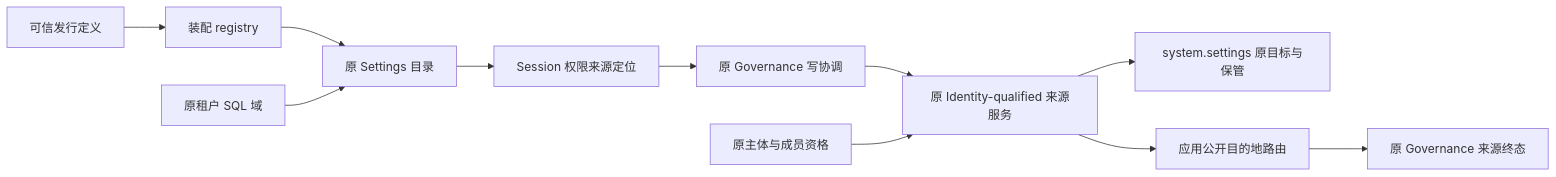
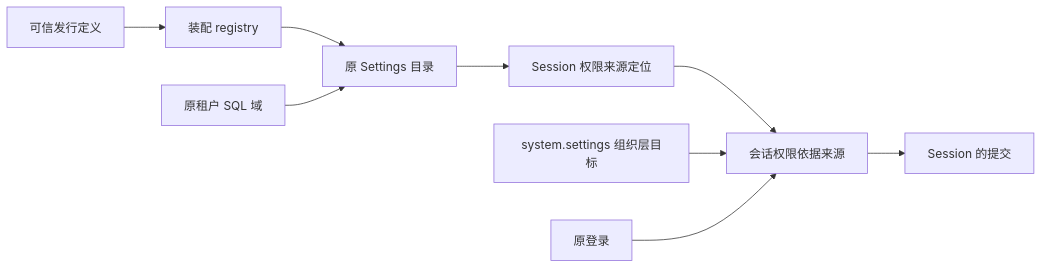
One commit to nemori-ai/omne-harness-lite changed the second of 2 diagrams in apps/harness-server/docs/rows/permission-interpretation.md. Above: the diagram before and after it, drawn with Mermaid. The commit also changed other lines of this file and 22 other files, not shown here.

````diff
--- a/apps/harness-server/docs/rows/permission-interpretation.md
+++ b/apps/harness-server/docs/rows/permission-interpretation.md
@@ -298,13 +291,11 @@
 ```mermaid
 flowchart LR
   Release[可信发行定义] --> Registry[装配 registry]
   Registry --> Catalog[原 Settings 目录]
   TenantDB[原租户 SQL 域] --> Catalog
   Catalog --> Resolver[Session 权限来源定位]
-  Resolver --> Governance[原 Governance 写协调]
-  Governance --> Sources[原 Identity-qualified 来源服务]
-  Identity[原主体与成员资格] --> Sources
-  Sources --> SystemDB[system.settings 原目标与保管]
-  Sources --> Route[应用公开目的地路由]
-  Route --> Terminal[原 Governance 来源终态]
+  Resolver --> Basis[会话权限依据来源]
+  SystemDB[system.settings 组织层目标] --> Basis
+  Identity[原登录] --> Basis
+  Basis --> Commit[Session 的提交]
 ```
````
